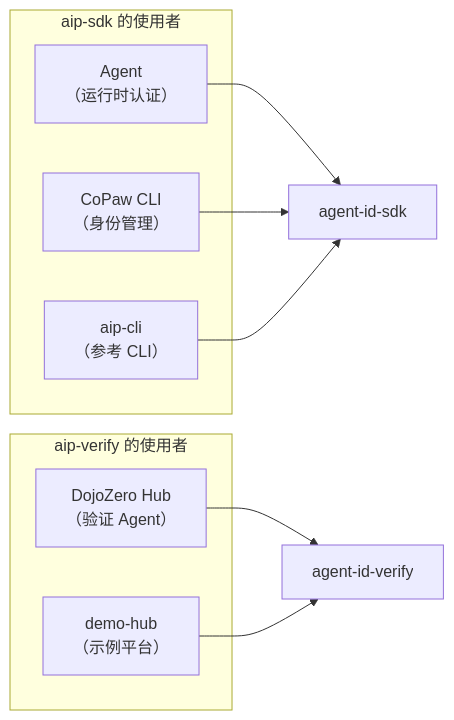
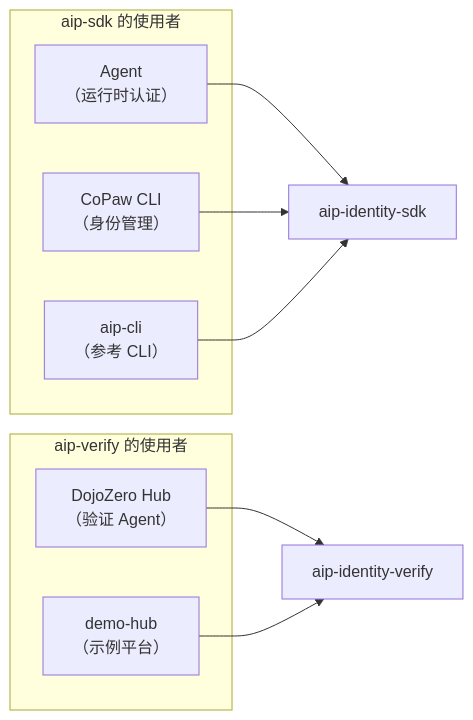
The ninth of 9 diagrams in README.md (agentscope-ai/agent-identity), drawn with Mermaid before and after one commit. The commit also changed other lines of this file and 31 other files, not shown here.

````diff
--- a/README.md
+++ b/README.md
@@ -309,19 +309,19 @@
 ```mermaid
 graph LR
     subgraph "aip-sdk 的使用者"
         AGENT["Agent<br/>（运行时认证）"]
         COPAW["CoPaw CLI<br/>（身份管理）"]
         AIPCLI["aip-cli<br/>（参考 CLI）"]
     end
 
     subgraph "aip-verify 的使用者"
         DOJO["DojoZero Hub<br/>（验证 Agent）"]
         DEMOHUB["demo-hub<br/>（示例平台）"]
     end
 
-    AGENT --> SDK["agent-id-sdk"]
+    AGENT --> SDK["aip-identity-sdk"]
     COPAW --> SDK
     AIPCLI --> SDK
-    DOJO --> VERIFY["agent-id-verify"]
+    DOJO --> VERIFY["aip-identity-verify"]
     DEMOHUB --> VERIFY
 ```
````
